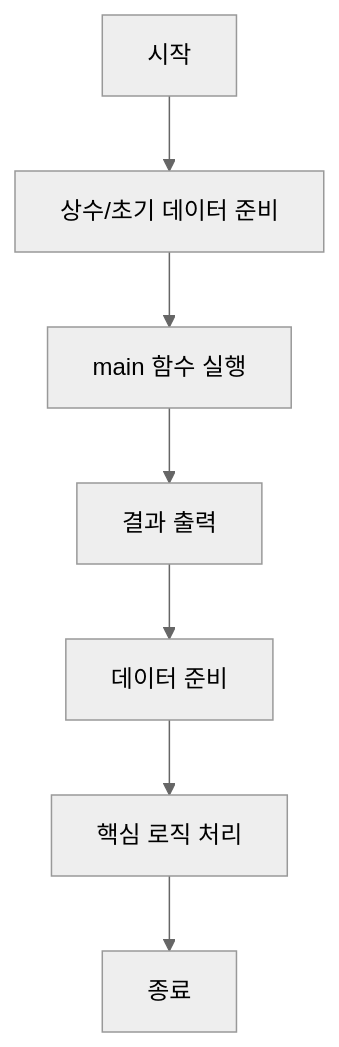
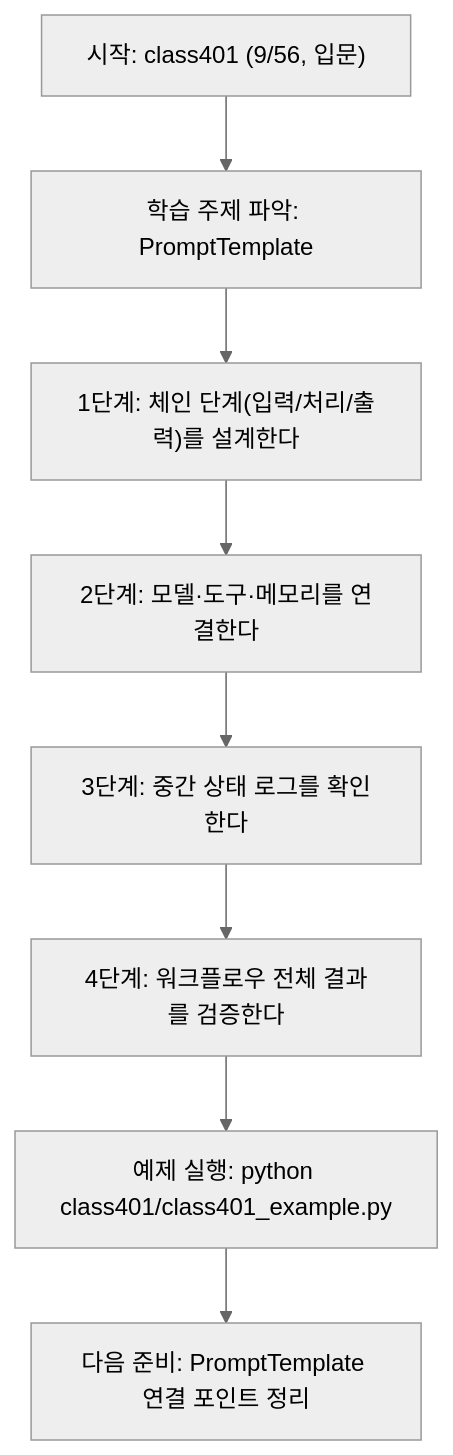
One commit to edumgt/Python-AI_Agent-Class changed the diagram in class401/class401.md. Above: the diagram before and after it, drawn with Mermaid (neutral theme). The commit also changed other lines of this file and 1012 other files, not shown here.

````diff
--- a/class401/class401.md
+++ b/class401/class401.md
@@ -63,10 +79,18 @@
 ```mermaid
-graph TD
-    N1[시작]
-    N1 --> N2[상수/초기 데이터 준비]
-    N2 --> N3[main 함수 실행]
-    N3 --> N4[결과 출력]
-    N4 --> N5[데이터 준비]
-    N5 --> N6[핵심 로직 처리]
-    N6 --> N7[종료]
+flowchart TD
+N1["시작: class401 (9/56, 입문)"]
+N2["학습 주제 파악: PromptTemplate"]
+N3["1단계: 체인 단계(입력/처리/출력)를 설계한다"]
+N4["2단계: 모델·도구·메모리를 연결한다"]
+N5["3단계: 중간 상태 로그를 확인한다"]
+N6["4단계: 워크플로우 전체 결과를 검증한다"]
+N7["예제 실행: python class401/class401_example.py"]
+N8["다음 준비: PromptTemplate 연결 포인트 정리"]
+N1 --> N2
+N2 --> N3
+N3 --> N4
+N4 --> N5
+N5 --> N6
+N6 --> N7
+N7 --> N8
 ```
````
